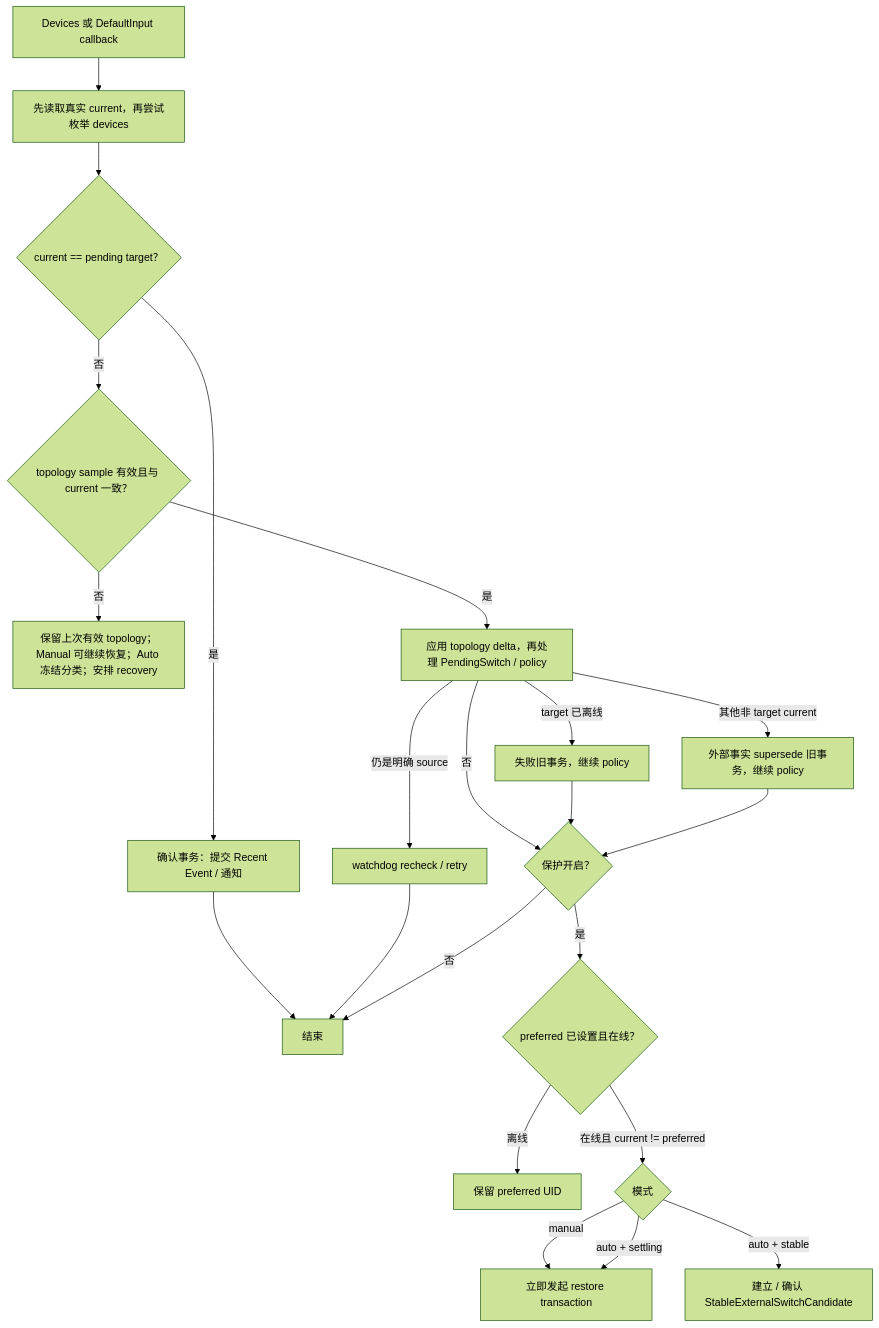
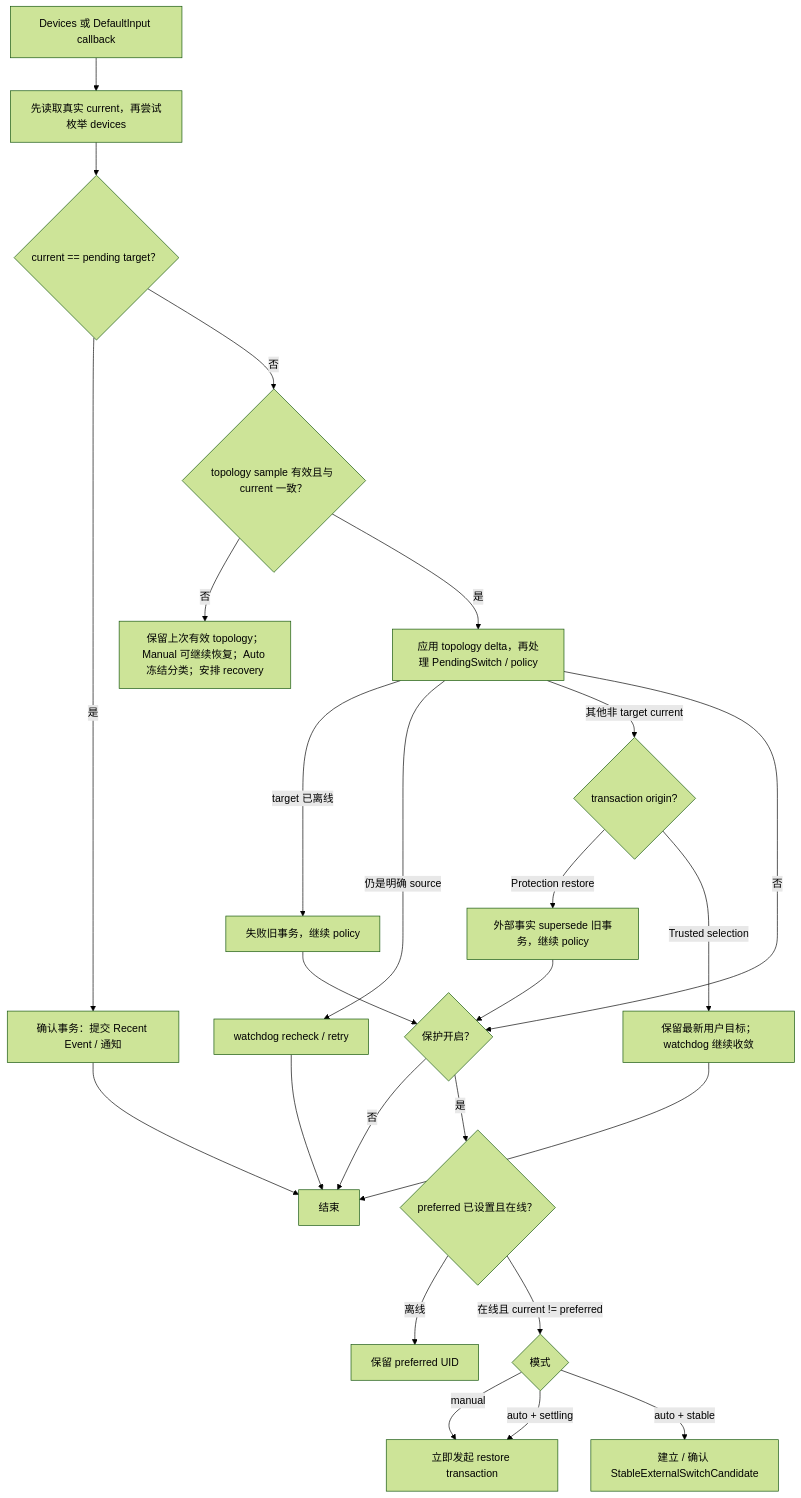
The second of 3 diagrams in docs/auto-mode.md (Forgo7ten/MicLock), drawn with Mermaid (forest theme) before and after one commit. The commit also changed other lines of this file and 2 other files, not shown here.

````diff
--- a/docs/auto-mode.md
+++ b/docs/auto-mode.md
@@ -61,24 +61,27 @@
 ```mermaid
 flowchart TD
     A["Devices 或 DefaultInput callback"] --> B["先读取真实 current，再尝试枚举 devices"]
     B --> C{"current == pending target？"}
     C -->|是| E1["确认事务：提交 Recent Event / 通知"]
     C -->|否| D{"topology sample 有效且与 current 一致？"}
     D -->|否| D1["保留上次有效 topology；Manual 可继续恢复；Auto 冻结分类；安排 recovery"]
     D -->|是| E["应用 topology delta，再处理 PendingSwitch / policy"]
     E -->|target 已离线| E2["失败旧事务，继续 policy"]
     E -->|仍是明确 source| E4["watchdog recheck / retry"]
-    E -->|其他非 target current| E3["外部事实 supersede 旧事务，继续 policy"]
+    E -->|其他非 target current| E3{"transaction origin?"}
+    E3 -->|Protection restore| E5["外部事实 supersede 旧事务，继续 policy"]
+    E3 -->|Trusted selection| E6["保留最新用户目标；watchdog 继续收敛"]
     E -->|否| F{"保护开启？"}
     E2 --> F
-    E3 --> F
+    E5 --> F
+    E6 --> Z
     E1 --> Z[结束]
     E4 --> Z
     F -->|否| Z
     F -->|是| G{"preferred 已设置且在线？"}
     G -->|离线| G1[保留 preferred UID]
     G -->|在线且 current != preferred| H{"模式"}
     H -->|manual| R[立即发起 restore transaction]
     H -->|auto + settling| R
     H -->|auto + stable| U[建立 / 确认 StableExternalSwitchCandidate]
 ```
````
